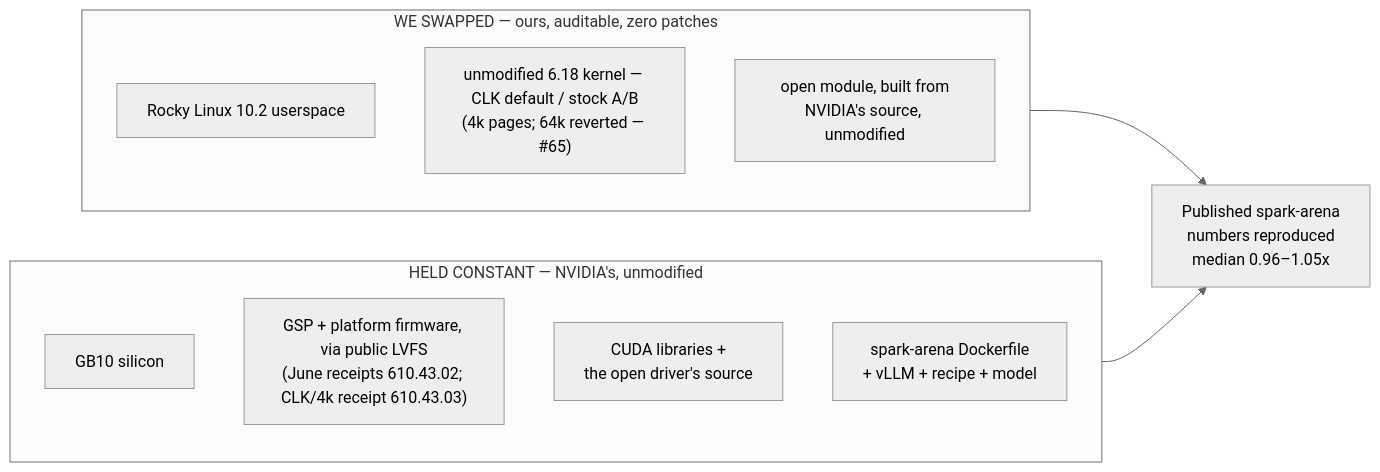
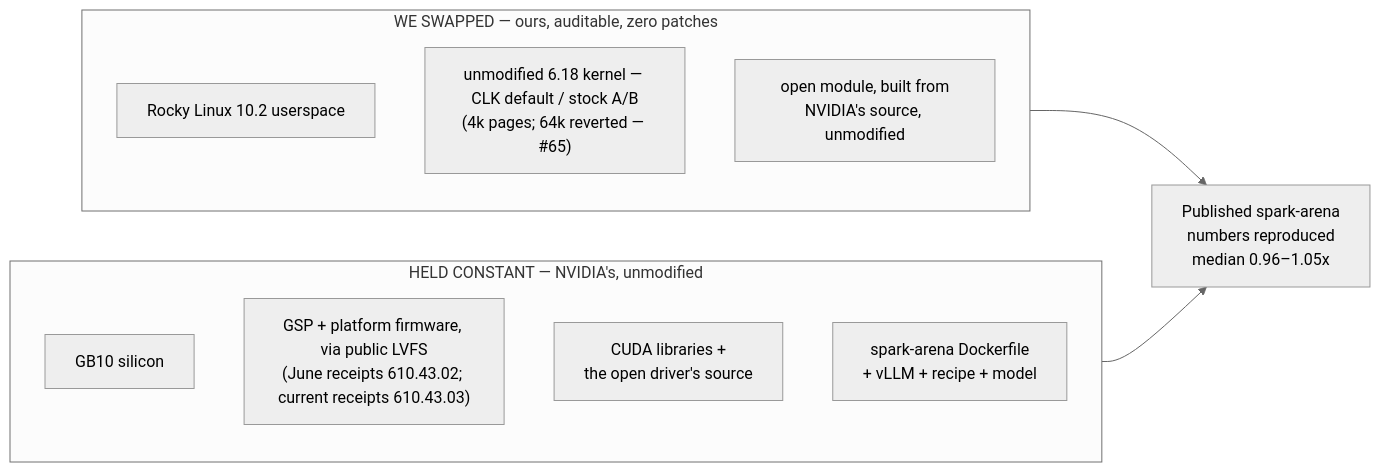
One commit to maxspevack/spark-rocky changed the diagram in docs/benchmark/proof.md. Above: the diagram before and after it, drawn with Mermaid (neutral theme). The commit also changed other lines of this file and 13 other files, not shown here.

````diff
--- a/docs/benchmark/proof.md
+++ b/docs/benchmark/proof.md
@@ -28,18 +28,18 @@
 ```mermaid
 graph LR
     subgraph held["HELD CONSTANT — NVIDIA's, unmodified"]
         direction TB
         A["GB10 silicon"]
-        B["GSP + platform firmware, via public LVFS<br/>(June receipts 610.43.02; CLK/4k receipt 610.43.03)"]
+        B["GSP + platform firmware, via public LVFS<br/>(June receipts 610.43.02; current receipts 610.43.03)"]
         C["CUDA libraries +<br/>the open driver's source"]
         D["spark-arena Dockerfile<br/>+ vLLM + recipe + model"]
     end
     subgraph swapped["WE SWAPPED — ours, auditable, zero patches"]
         direction TB
         E["Rocky Linux 10.2 userspace"]
         F["unmodified 6.18 kernel — CLK default / stock A/B<br/>(4k pages; 64k reverted — #65)"]
         G["open module, built from<br/>NVIDIA's source, unmodified"]
     end
     swapped --> R["Published spark-arena<br/>numbers reproduced<br/>median 0.96–1.05x"]
     held --> R
 ```
````
